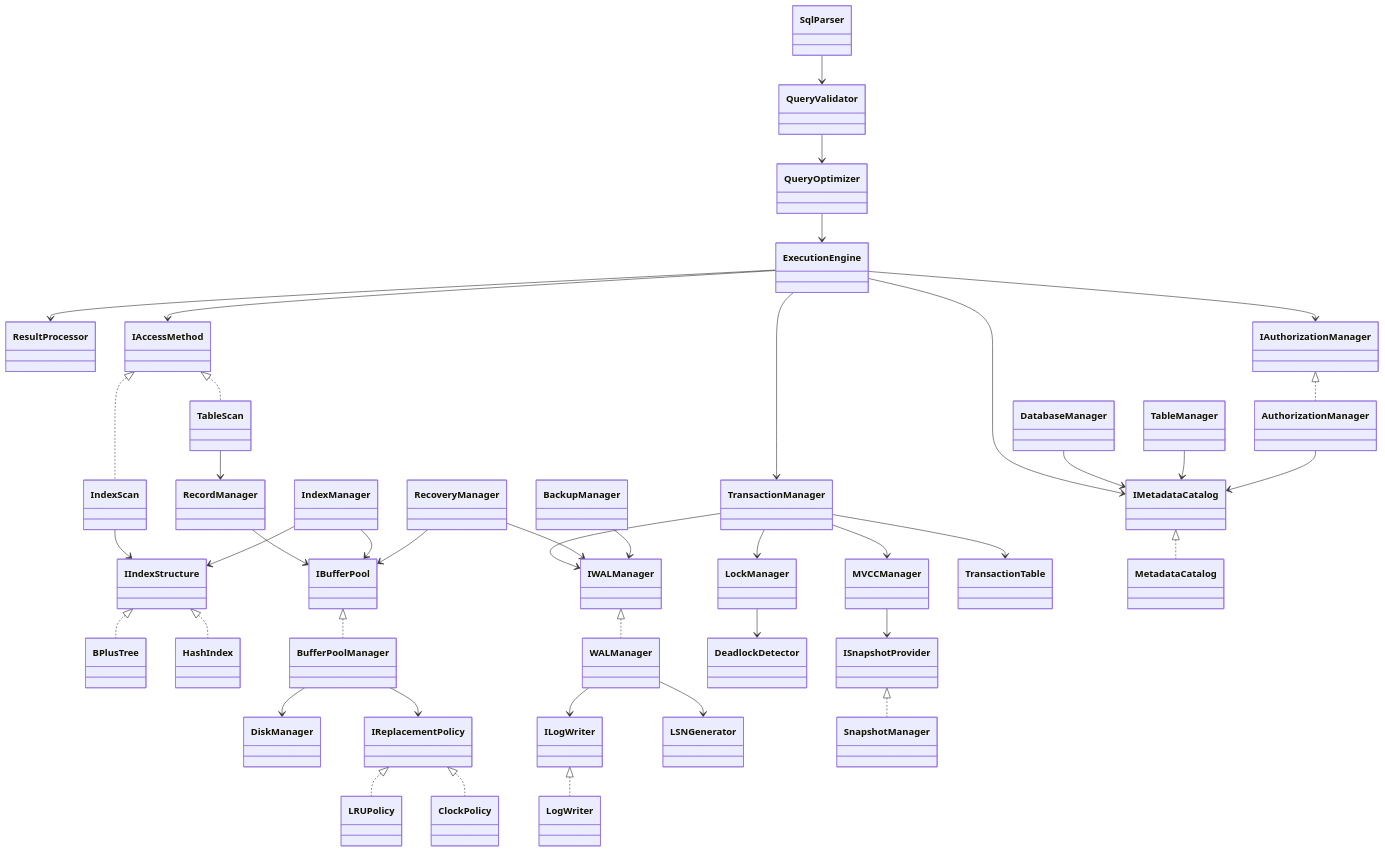
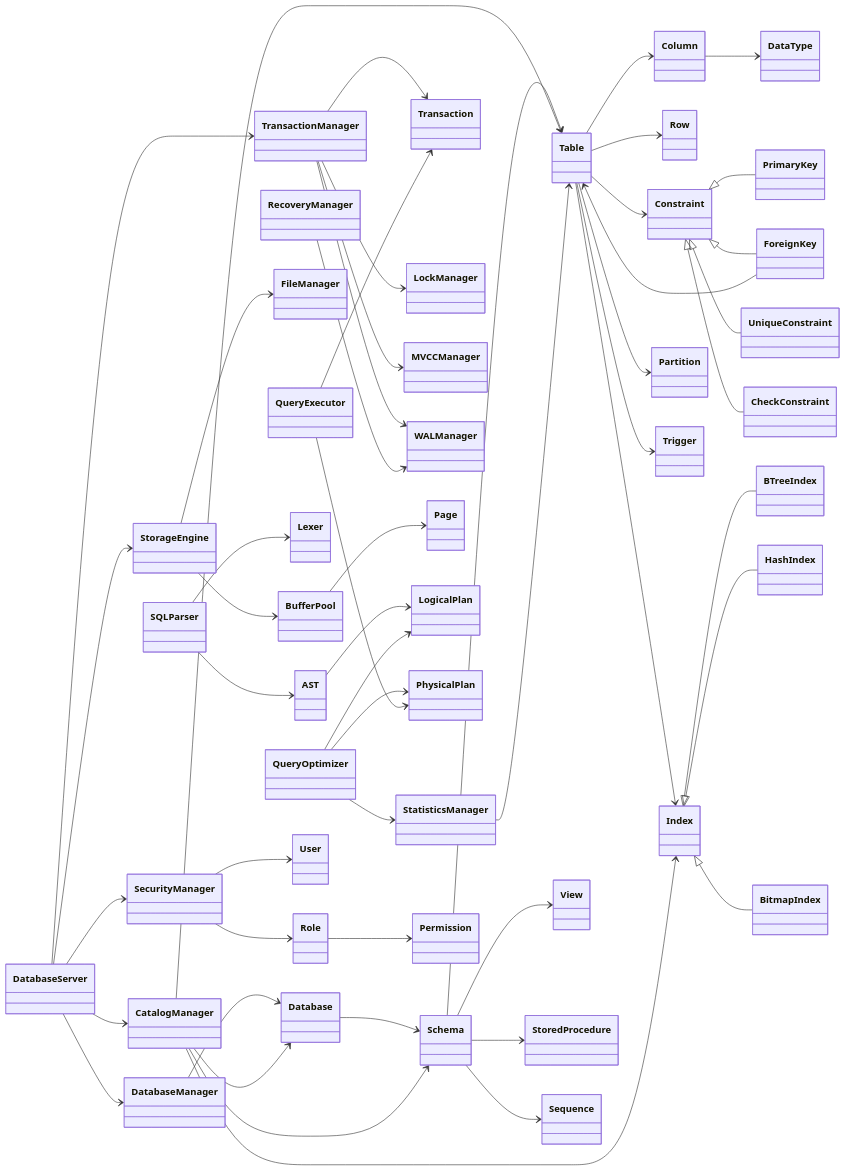
Before and after one commit to Hagiakhanh/bbv-dbms: the first of 8 diagrams in README.md, drawn with Mermaid. The commit also changed other lines of this file and 1 other file, not shown here.

Commit message:
update list test case database server

````diff
--- a/README.md
+++ b/README.md
@@ -99,57 +103,75 @@
 ```mermaid
 classDiagram
-    %% Query layer
-    SqlParser --> QueryValidator
-    QueryValidator --> QueryOptimizer
-    QueryOptimizer --> ExecutionEngine
-    ExecutionEngine --> ResultProcessor
-    ExecutionEngine --> IAccessMethod
-    ExecutionEngine --> IAuthorizationManager
-    ExecutionEngine --> TransactionManager
-    ExecutionEngine --> IMetadataCatalog
+direction LR
 
-    %% Access methods
-    IAccessMethod <|.. TableScan
-    IAccessMethod <|.. IndexScan
-    TableScan --> RecordManager
-    IndexScan --> IIndexStructure
+DatabaseServer --> DatabaseManager
+DatabaseServer --> TransactionManager
+DatabaseServer --> StorageEngine
+DatabaseServer --> CatalogManager
+DatabaseServer --> SecurityManager
 
-    %% Storage
-    RecordManager --> IBufferPool
-    IndexManager --> IBufferPool
-    IndexManager --> IIndexStructure
-    IIndexStructure <|.. BPlusTree
-    IIndexStructure <|.. HashIndex
-    IBufferPool <|.. BufferPoolManager
-    BufferPoolManager --> DiskManager
-    BufferPoolManager --> IReplacementPolicy
-    IReplacementPolicy <|.. LRUPolicy
-    IReplacementPolicy <|.. ClockPolicy
+DatabaseManager --> Database
 
-    %% Logging
-    IWALManager <|.. WALManager
-    WALManager --> ILogWriter
-    ILogWriter <|.. LogWriter
-    WALManager --> LSNGenerator
+Database --> Schema
 
-    %% Transaction
-    TransactionManager --> LockManager
-    TransactionManager --> IWALManager
-    TransactionManager --> MVCCManager
-    TransactionManager --> TransactionTable
-    LockManager --> DeadlockDetector
-    MVCCManager --> ISnapshotProvider
-    ISnapshotProvider <|.. SnapshotManager
+Schema --> Table
+Schema --> View
+Schema --> StoredProcedure
+Schema --> Sequence
 
-    %% Recovery & Backup
-    RecoveryManager --> IWALManager
-    RecoveryManager --> IBufferPool
-    BackupManager --> IWALManager
+Table --> Column
+Table --> Row
+Table --> Constraint
+Table --> Index
+Table --> Partition
+Table --> Trigger
 
-    %% Metadata & Security
-    IMetadataCatalog <|.. MetadataCatalog
-    DatabaseManager --> IMetadataCatalog
-    TableManager --> IMetadataCatalog
-    IAuthorizationManager <|.. AuthorizationManager
-    AuthorizationManager --> IMetadataCatalog
+Column --> DataType
+
+Constraint <|-- PrimaryKey
+Constraint <|-- ForeignKey
+Constraint <|-- UniqueConstraint
+Constraint <|-- CheckConstraint
+
+ForeignKey --> Table
+
+Index <|-- BTreeIndex
+Index <|-- HashIndex
+Index <|-- BitmapIndex
+
+TransactionManager --> Transaction
+TransactionManager --> LockManager
+TransactionManager --> MVCCManager
+TransactionManager --> WALManager
+
+StorageEngine --> BufferPool
+StorageEngine --> FileManager
+
+BufferPool --> Page
+
+RecoveryManager --> WALManager
+
+CatalogManager --> Database
+CatalogManager --> Schema
+CatalogManager --> Table
+CatalogManager --> Index
+
+SQLParser --> Lexer
+SQLParser --> AST
+
+AST --> LogicalPlan
+
+QueryOptimizer --> LogicalPlan
+QueryOptimizer --> PhysicalPlan
+QueryOptimizer --> StatisticsManager
+
+StatisticsManager --> Table
+
+QueryExecutor --> PhysicalPlan
+QueryExecutor --> Transaction
+
+SecurityManager --> User
+SecurityManager --> Role
+
+Role --> Permission
 ```
````
